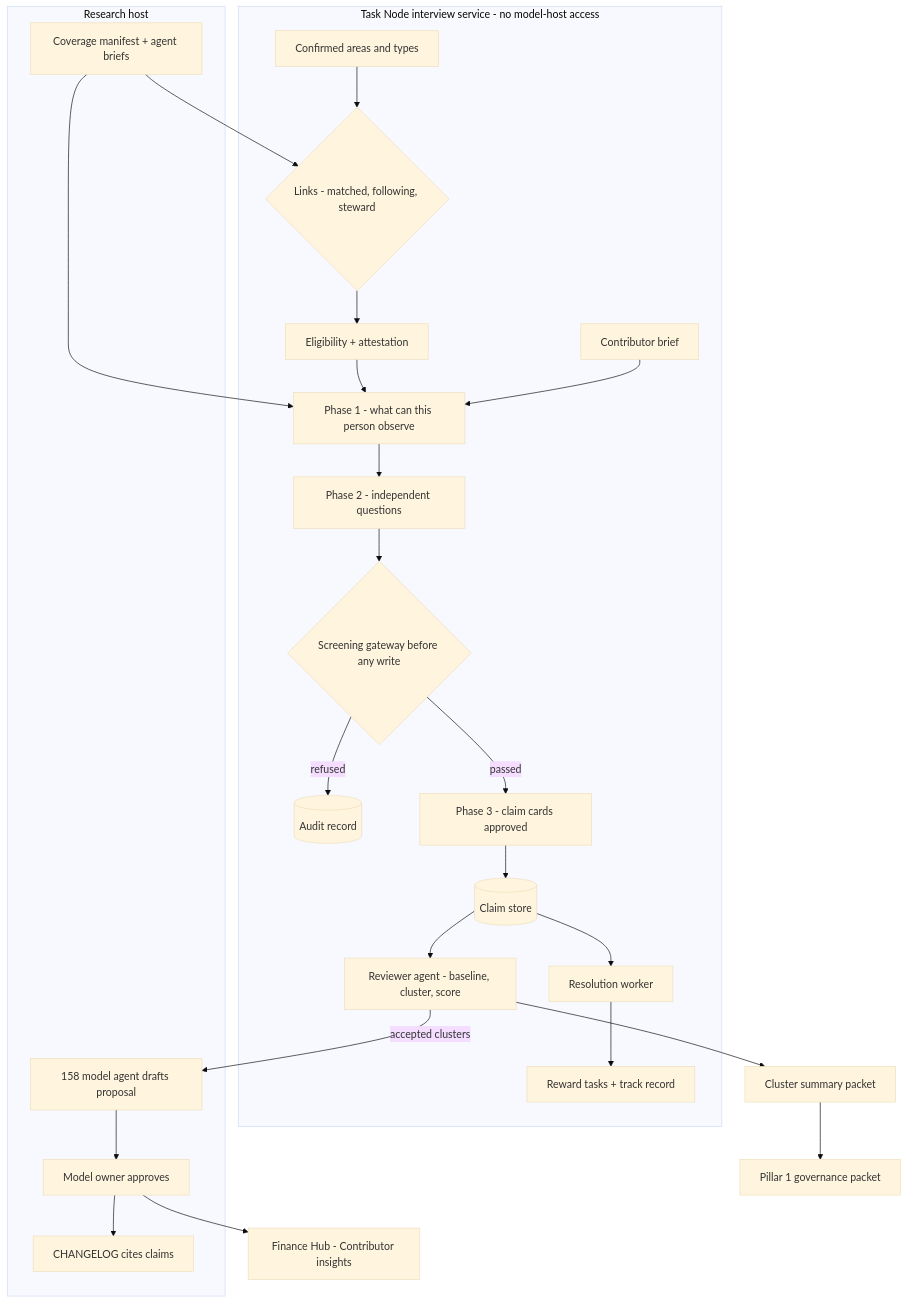
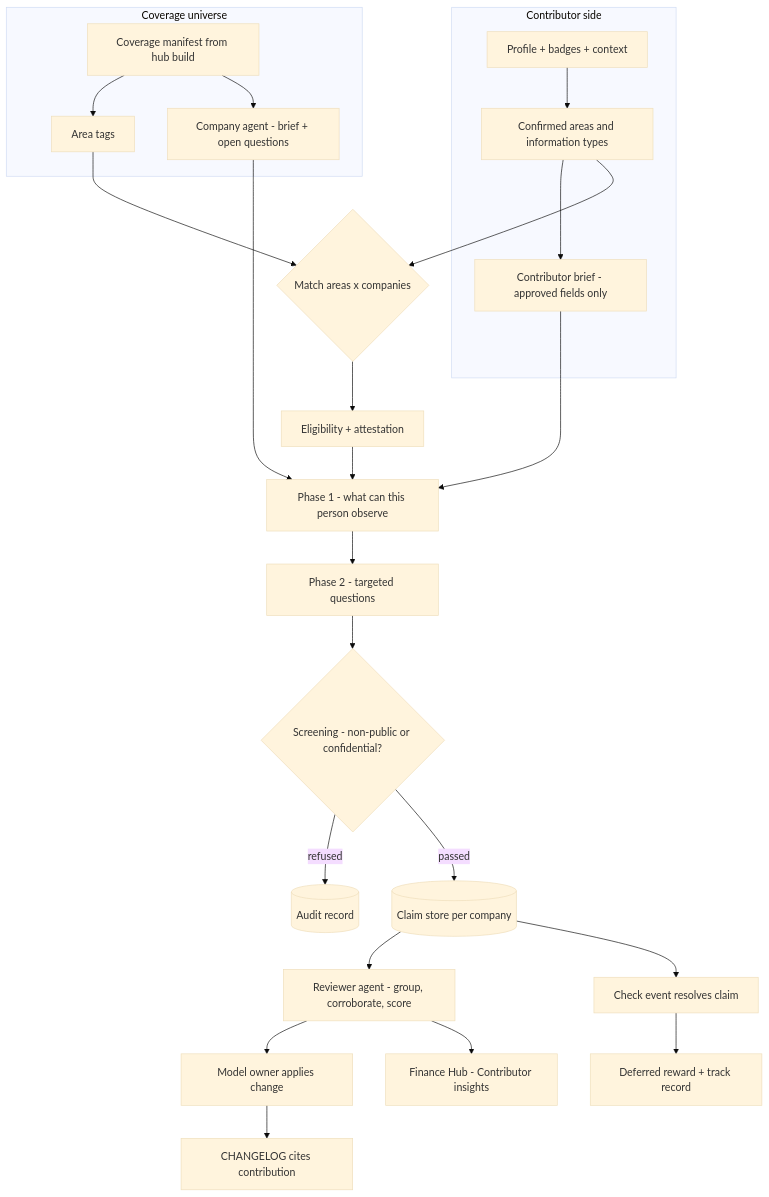
The diagram in big_milestone/pillars/10-information-hive-mind.md (postfiatorg/postfiatl1v2), drawn with Mermaid (base theme) before and after one commit. The commit also changed other lines of this file and 37 other files, not shown here.

````diff
--- a/big_milestone/pillars/10-information-hive-mind.md
+++ b/big_milestone/pillars/10-information-hive-mind.md
@@ -46,27 +47,27 @@
 ```mermaid
 flowchart TB
-    subgraph TN["Task Node interview service - no model-host access"]
-      KA["Confirmed areas and types"] --> LINK{"Links - matched, following, steward"}
-      LINK --> ATT["Eligibility + attestation"]
-      ATT --> Q1["Phase 1 - what can this person observe"]
-      CB["Contributor brief"] --> Q1
-      Q1 --> Q2["Phase 2 - independent questions"]
-      Q2 --> GW{"Screening gateway before any write"}
-      GW -- refused --> LOG[("Audit record")]
-      GW -- passed --> Q3["Phase 3 - claim cards approved"]
-      Q3 --> CS[("Claim store")]
-      CS --> RA["Reviewer agent - baseline, cluster, score"]
-      CS --> RES["Resolution worker"]
-      RES --> RW["Reward tasks + track record"]
+    subgraph Contributor side
+      P["Profile + badges + context"] --> KA["Confirmed areas and information types"]
+      KA --> CB["Contributor brief - approved fields only"]
     end
-    subgraph RH["Research host"]
-      CU["Coverage manifest + agent briefs"]
-      MA["158 model agent drafts proposal"] --> OWN["Model owner approves"]
-      OWN --> CL["CHANGELOG cites claims"]
+    subgraph Coverage universe
+      CU["Coverage manifest from hub build"] --> CA[Area tags]
+      CU --> AG["Company agent - brief + open questions"]
     end
-    CU --> LINK
-    CU --> Q1
-    RA -- "accepted clusters" --> MA
-    OWN --> FH["Finance Hub - Contributor insights"]
-    RA --> PUB["Cluster summary packet"] --> GOV["Pillar 1 governance packet"]
+    KA --> MATCH{"Match areas x companies"}
+    CA --> MATCH
+    MATCH --> ATT["Eligibility + attestation"]
+    ATT --> Q1["Phase 1 - what can this person observe"]
+    CB --> Q1
+    AG --> Q1
+    Q1 --> Q2["Phase 2 - targeted questions"]
+    Q2 --> SCR{"Screening - non-public or confidential?"}
+    SCR -- refused --> LOG[("Audit record")]
+    SCR -- passed --> CS[("Claim store per company")]
+    CS --> RA["Reviewer agent - group, corroborate, score"]
+    RA --> OWN["Model owner applies change"]
+    OWN --> CL["CHANGELOG cites contribution"]
+    CS --> CHK["Check event resolves claim"]
+    CHK --> RW["Deferred reward + track record"]
+    RA --> FH["Finance Hub - Contributor insights"]
 ```
````
